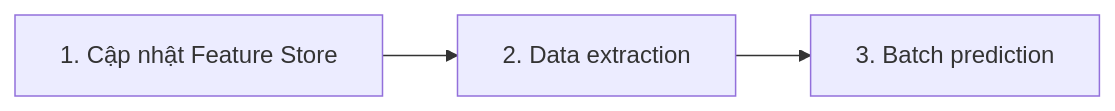
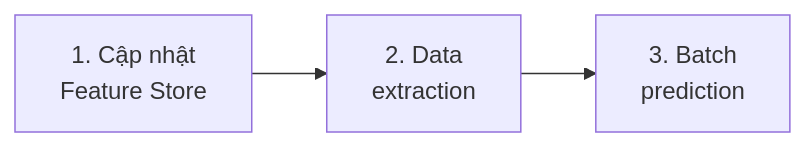
One commit to MLOpsVN/courses.mlops.vn changed the diagram in docs/mlops-crash-course/model-serving/trien-khai-model-serving.md. Above: the diagram before and after it, drawn with Mermaid. The commit also changed 1 other file, not shown here.

Commit message:
Refactor

````diff
--- a/docs/mlops-crash-course/model-serving/trien-khai-model-serving.md
+++ b/docs/mlops-crash-course/model-serving/trien-khai-model-serving.md
@@ -47,4 +47,4 @@
 ```mermaid
 flowchart LR
-    n1[1. Cập nhật Feature Store] --> n2[2. Data extraction] --> n3[3. Batch prediction]
+    n1[1. Cập nhật<br>Feature Store] --> n2[2. Data<br>extraction] --> n3[3. Batch<br>prediction]
 ```
````
